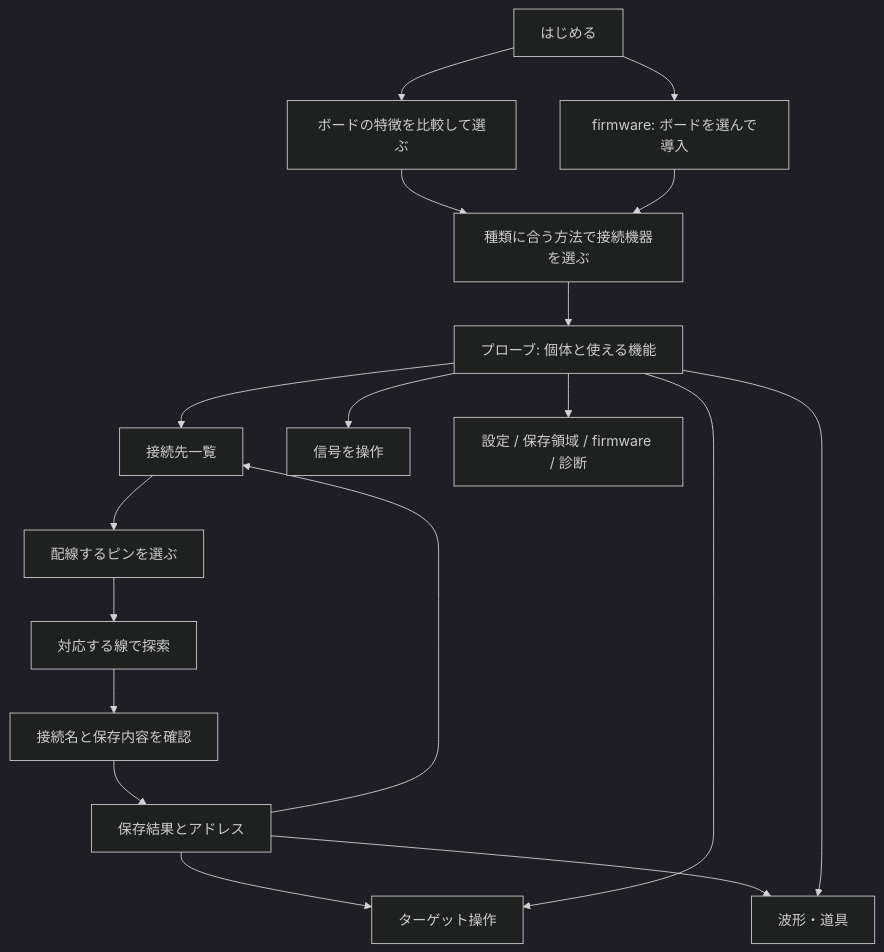
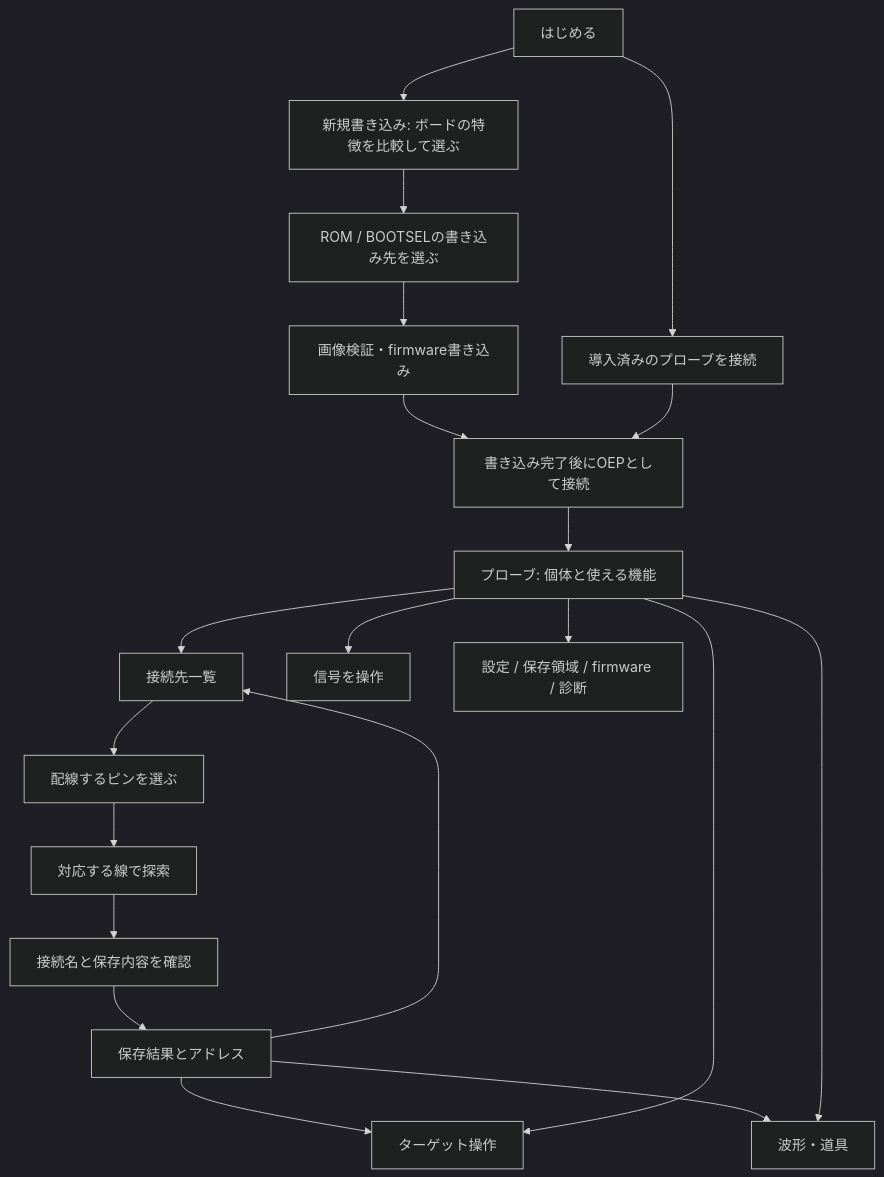
Before and after one commit to Open-Embedded-Probe/oep-client-js: the diagram in docs/page.ja.md, drawn with Mermaid (dark theme). The commit also changed other lines of this file and 18 other files, not shown here.

````diff
--- a/docs/page.ja.md
+++ b/docs/page.ja.md
@@ -59,20 +59,22 @@
 ```mermaid
 flowchart TD
-  H[はじめる] --> Q[ボードの特徴を比較して選ぶ]
-  Q --> C[種類に合う方法で接続機器を選ぶ]
-  H --> F[firmware: ボードを選んで導入]
-  F --> C
+  H[はじめる] --> F[新規書き込み: ボードの特徴を比較して選ぶ]
+  F --> R[ROM / BOOTSELの書き込み先を選ぶ]
+  R --> V[画像検証・firmware書き込み]
+  V --> C[書き込み完了後にOEPとして接続]
+  H --> Q[導入済みのプローブを接続]
+  Q --> C
   C --> P[プローブ: 個体と使える機能]
   P --> T[接続先一覧]
   T --> W[配線するピンを選ぶ]
   W --> S[対応する線で探索]
   S --> N[接続名と保存内容を確認]
   N --> D[保存結果とアドレス]
   D --> T
   D --> B[ターゲット操作]
   D --> U[波形・道具]
   P --> I[信号を操作]
   P --> B
   P --> U
   P --> G[設定 / 保存領域 / firmware / 診断]
 ```
````
